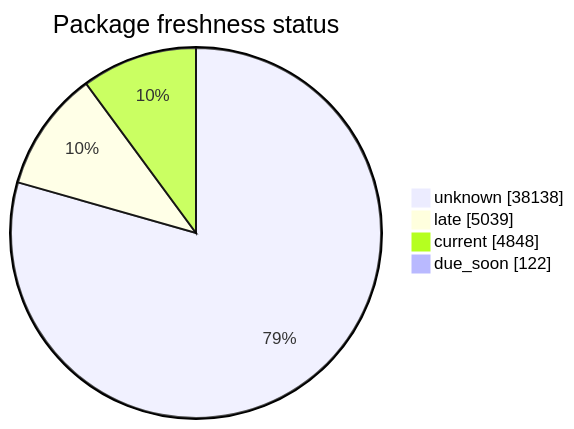
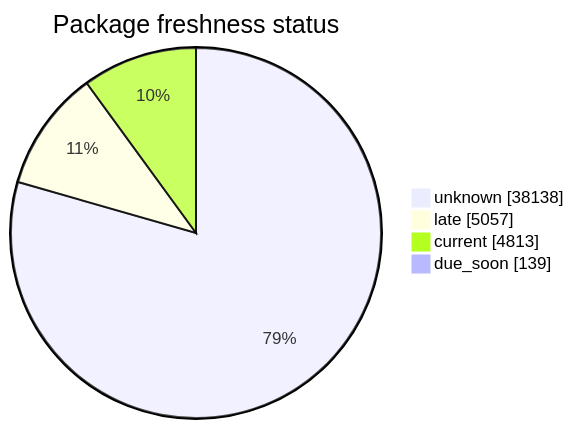
The second of 5 diagrams in FreshCheck/README.md (open-data/analytics-corporate-reporting), drawn with Mermaid before and after one commit. The commit also changed other lines of this file and 3 other files, not shown here.

````diff
--- a/FreshCheck/README.md
+++ b/FreshCheck/README.md
@@ -68,7 +68,7 @@
 ```mermaid
 pie showData title Package freshness status
     "unknown": 38138
-    "late": 5039
-    "current": 4848
-    "due_soon": 122
+    "late": 5057
+    "current": 4813
+    "due_soon": 139
 ```
````
